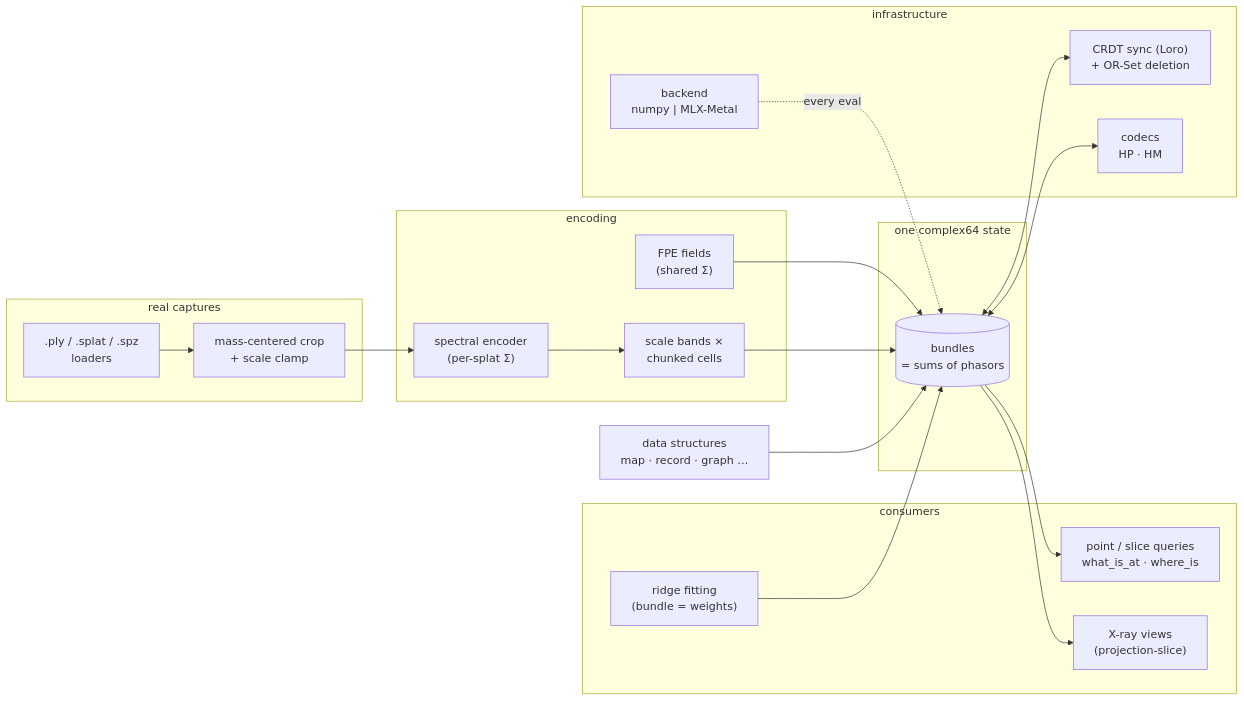
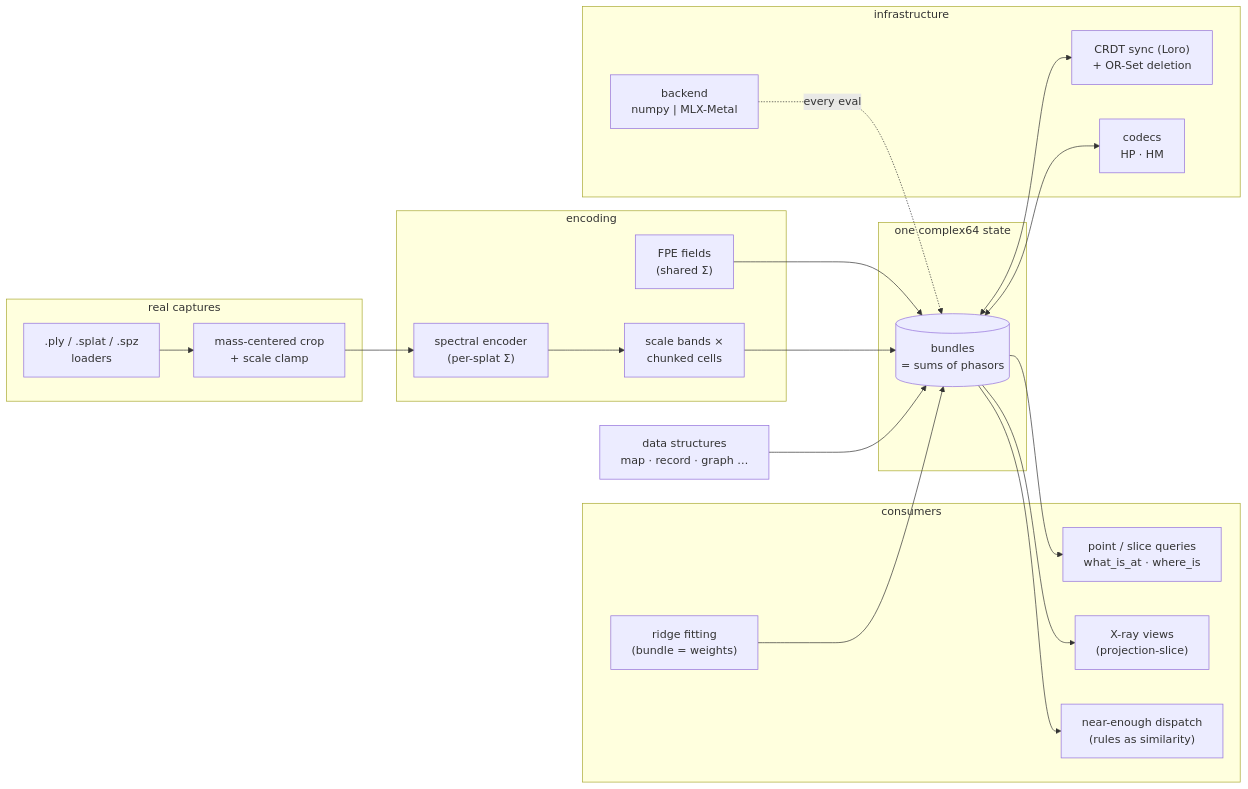
The diagram in docs/README.md (squatch-stack/hdc-holo), drawn with Mermaid before and after one commit. The commit also changed other lines of this file and 21 other files, not shown here.

````diff
--- a/docs/README.md
+++ b/docs/README.md
@@ -11,33 +11,34 @@
 ```mermaid
 flowchart LR
     subgraph capture["real captures"]
         SPZ[".ply / .splat / .spz<br/>loaders"] --> CROP["mass-centered crop<br/>+ scale clamp"]
     end
     subgraph encode["encoding"]
         FPE["FPE fields<br/>(shared Σ)"]
         SPEC["spectral encoder<br/>(per-splat Σ)"]
         BANDS["scale bands ×<br/>chunked cells"]
     end
     subgraph state["one complex64 state"]
         BUNDLE[("bundles<br/>= sums of phasors")]
     end
     subgraph consume["consumers"]
         QUERY["point / slice queries<br/>what_is_at · where_is"]
         RENDER["X-ray views<br/>(projection-slice)"]
         FIT["ridge fitting<br/>(bundle = weights)"]
+        ROUTE["near-enough dispatch<br/>(rules as similarity)"]
     end
     subgraph infra["infrastructure"]
         SYNC["CRDT sync (Loro)<br/>+ OR-Set deletion"]
         STORE["codecs<br/>HP · HM"]
         GPU["backend<br/>numpy | MLX-Metal"]
     end
     CROP --> SPEC
     FPE --> BUNDLE
     SPEC --> BANDS --> BUNDLE
     STRUCT["data structures<br/>map · record · graph …"] --> BUNDLE
-    BUNDLE --> QUERY & RENDER
+    BUNDLE --> QUERY & RENDER & ROUTE
     FIT --> BUNDLE
     BUNDLE <--> SYNC
     BUNDLE <--> STORE
     GPU -.every eval.-> BUNDLE
 ```
````
